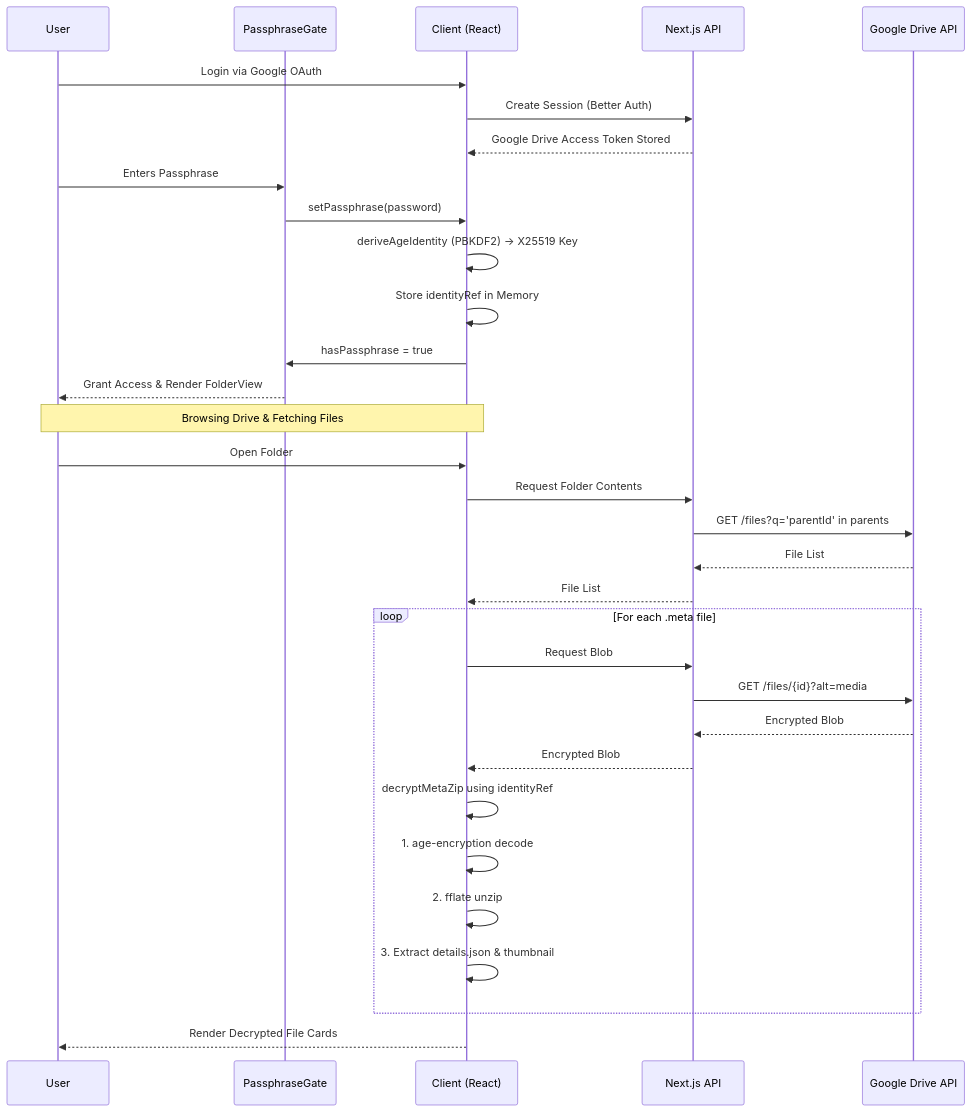
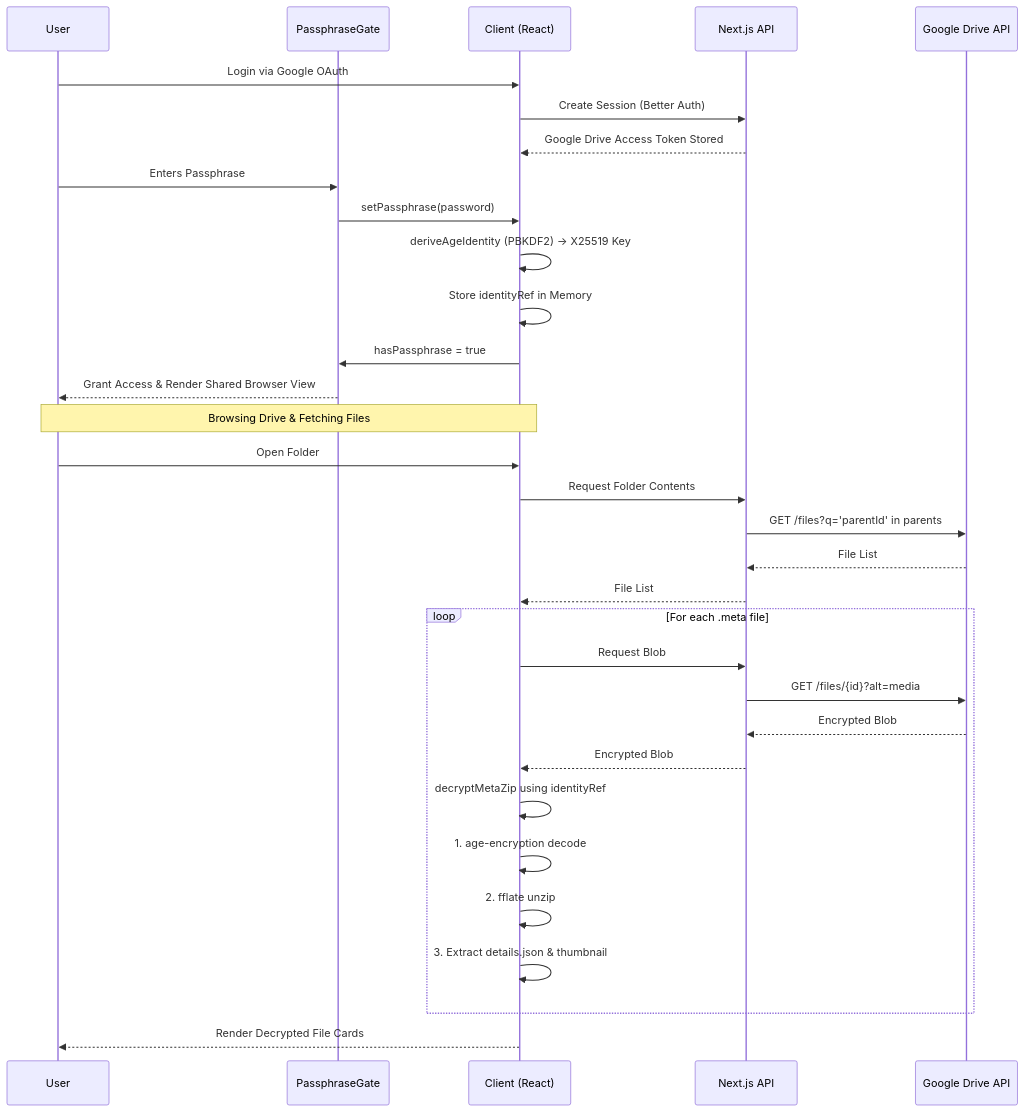
The diagram in docs/architecture.md (Vijay-papanaboina/VaultDrive), drawn with Mermaid before and after one commit. The commit also changed other lines of this file and 16 other files, not shown here.

First line of the commit message:
refactor drive browser and decryption flow

````diff
--- a/docs/architecture.md
+++ b/docs/architecture.md
@@ -17,41 +26,41 @@
 ```mermaid
 sequenceDiagram
     participant User
     participant PassphraseGate
     participant Client (React)
     participant Next.js API
     participant Google Drive API
 
     User->>Client (React): Login via Google OAuth
     Client (React)->>Next.js API: Create Session (Better Auth)
     Next.js API-->>Client (React): Google Drive Access Token Stored
     
     User->>PassphraseGate: Enters Passphrase
     PassphraseGate->>Client (React): setPassphrase(password)
     Client (React)->>Client (React): deriveAgeIdentity (PBKDF2) -> X25519 Key
     Client (React)->>Client (React): Store identityRef in Memory
     Client (React)->>PassphraseGate: hasPassphrase = true
-    PassphraseGate-->>User: Grant Access & Render FolderView
+    PassphraseGate-->>User: Grant Access & Render Shared Browser View
 
     Note over User, Client (React): Browsing Drive & Fetching Files
     
     User->>Client (React): Open Folder
     Client (React)->>Next.js API: Request Folder Contents
     Next.js API->>Google Drive API: GET /files?q='parentId' in parents
     Google Drive API-->>Next.js API: File List
     Next.js API-->>Client (React): File List
 
     loop For each .meta file
         Client (React)->>Next.js API: Request Blob
         Next.js API->>Google Drive API: GET /files/{id}?alt=media
         Google Drive API-->>Next.js API: Encrypted Blob
         Next.js API-->>Client (React): Encrypted Blob
         
         Client (React)->>Client (React): decryptMetaZip using identityRef
         Client (React)->>Client (React): 1. age-encryption decode
         Client (React)->>Client (React): 2. fflate unzip
         Client (React)->>Client (React): 3. Extract details.json & thumbnail
     end
     
     Client (React)-->>User: Render Decrypted File Cards
 ```
````
